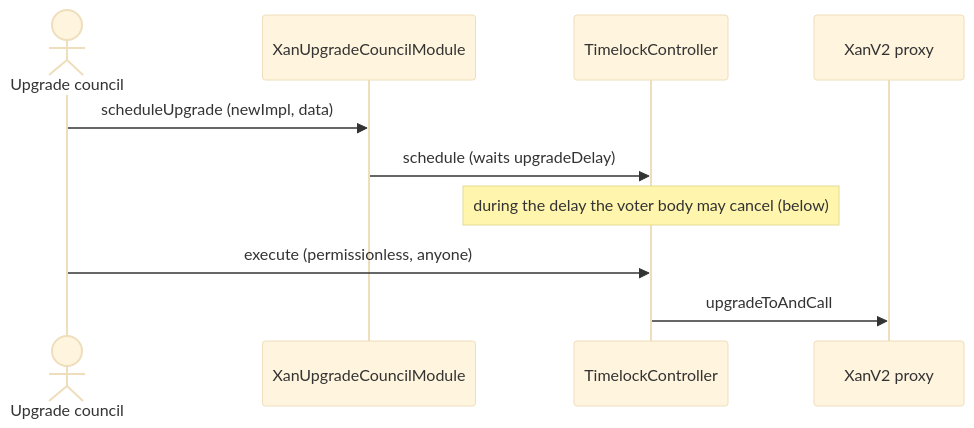
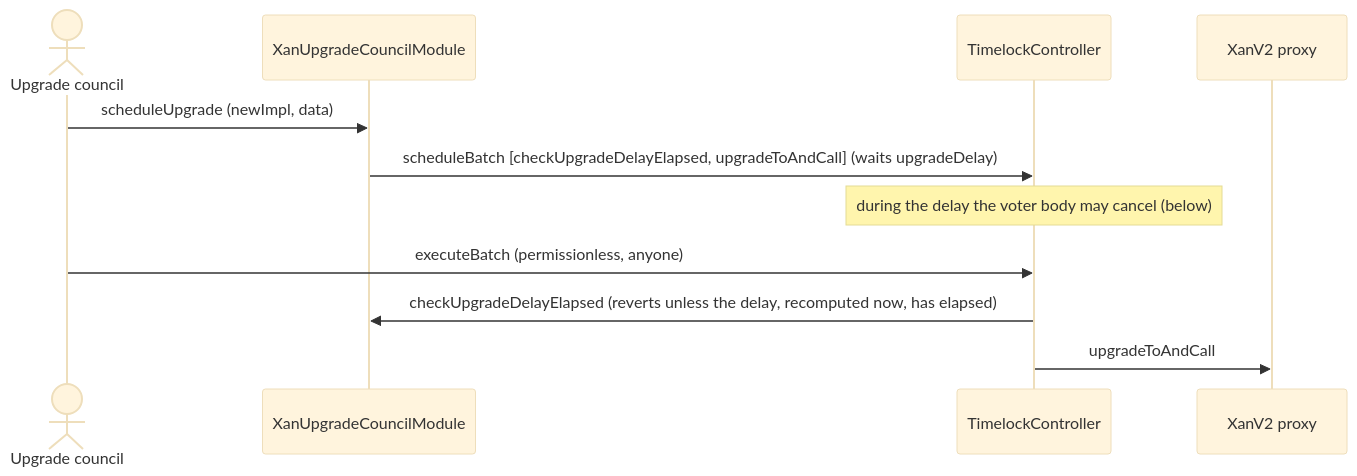
The third of 6 diagrams in docs/02-XanV2-governance.md (anoma/token), drawn with Mermaid (base theme) before and after one commit. The commit also changed other lines of this file and 9 other files, not shown here.

First line of the commit message:
fix: recompute the council upgrade delay at execution

````diff
--- a/docs/02-XanV2-governance.md
+++ b/docs/02-XanV2-governance.md
@@ -97,12 +110,13 @@
 ```mermaid
 sequenceDiagram
     actor C as Upgrade council
     participant M as XanUpgradeCouncilModule
     participant T as TimelockController
     participant K as XanV2 proxy
     C->>M: scheduleUpgrade (newImpl, data)
-    M->>T: schedule (waits upgradeDelay)
+    M->>T: scheduleBatch [checkUpgradeDelayElapsed, upgradeToAndCall] (waits upgradeDelay)
     Note over T: during the delay the voter body may cancel (below)
-    C->>T: execute (permissionless, anyone)
+    C->>T: executeBatch (permissionless, anyone)
+    T->>M: checkUpgradeDelayElapsed (reverts unless the delay, recomputed now, has elapsed)
     T->>K: upgradeToAndCall
 ```
````
